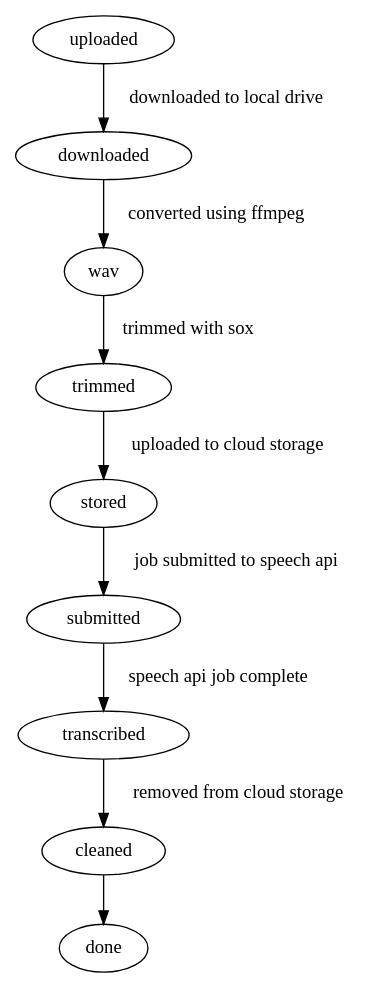
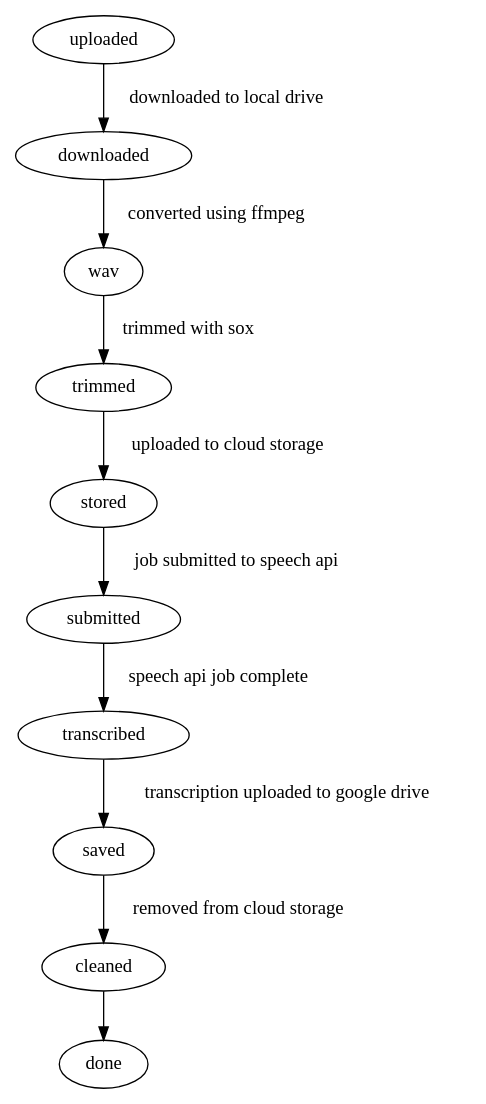
The diagram in notes.org (wroberts/google_transcribe), drawn with Graphviz before and after one commit. The commit also changed 1 other file, not shown here.

Commit message:
upload transcription to google drive

```diff
--- a/notes.org
+++ b/notes.org
@@ -24,12 +24,13 @@
   #+BEGIN_SRC dot :cmdline -Tpdf :file flowchart.pdf :exports results
     digraph G {
      uploaded -> downloaded [label="downloaded to local drive"];
      downloaded -> wav [label="converted using ffmpeg"];
      wav -> trimmed [label="trimmed with sox"];
      trimmed -> stored [label="uploaded to cloud storage"];
      stored -> submitted [label="job submitted to speech api"];
      submitted -> transcribed [label="speech api job complete"];
-     transcribed -> cleaned [label="removed from cloud storage"];
+     transcribed -> saved [label="transcription uploaded to google drive"];
+     saved -> cleaned [label="removed from cloud storage"];
      cleaned -> done;
     }
   #+END_SRC
```
